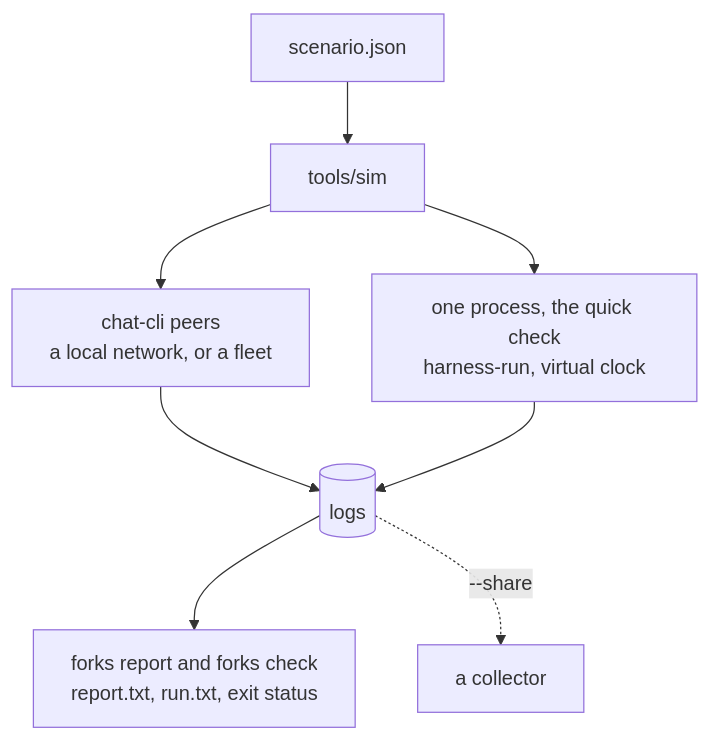
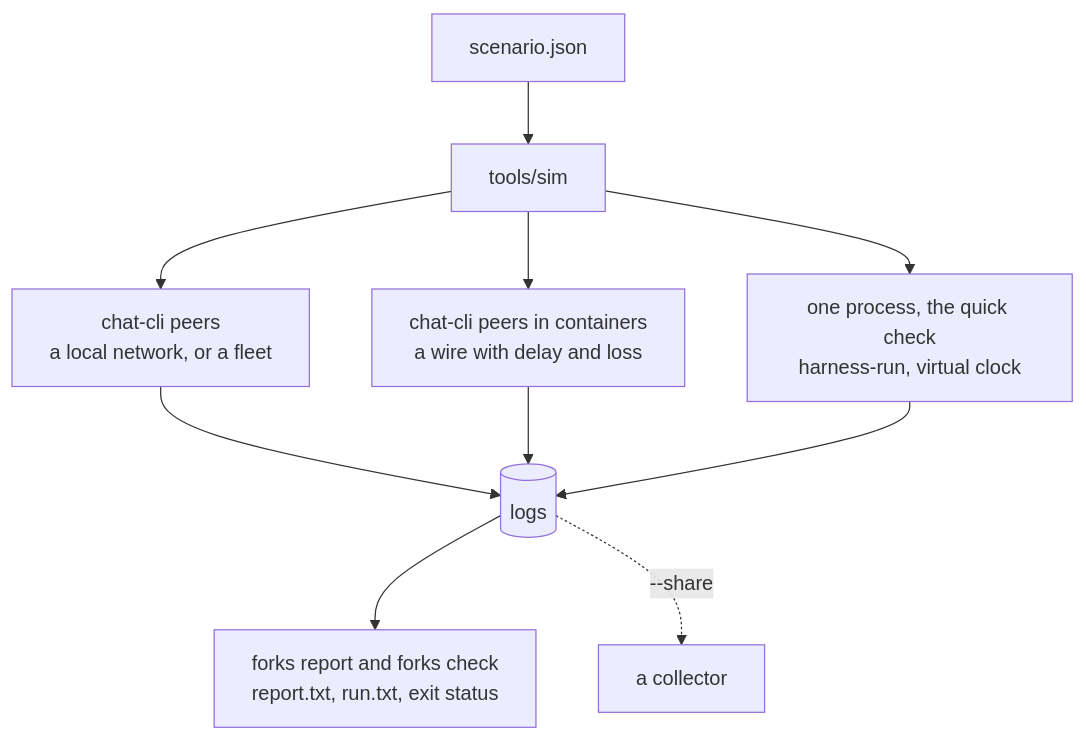
One commit to osmaczko/fork-report-guide changed the diagram in src/content/docs/simulations.md. Above: the diagram before and after it, drawn with Mermaid. The commit also changed other lines of this file, not shown here.

First line of the commit message:
docs: run simulations in containers, on a lossy wire

````diff
--- a/src/content/docs/simulations.md
+++ b/src/content/docs/simulations.md
@@ -11,10 +12,12 @@
 ```mermaid
 flowchart TB
     sc["scenario.json"] --> sim["tools/sim"]
     sim --> ln["chat-cli peers<br/>a local network, or a fleet"]
+    sim --> ct["chat-cli peers in containers<br/>a wire with delay and loss"]
     sim --> op["one process, the quick check<br/>harness-run, virtual clock"]
     ln --> logs[("logs")]
+    ct --> logs
     op --> logs
     logs --> chk["forks report and forks check<br/>report.txt, run.txt, exit status"]
     logs -.->|"--share"| col["a collector"]
 ```
````
